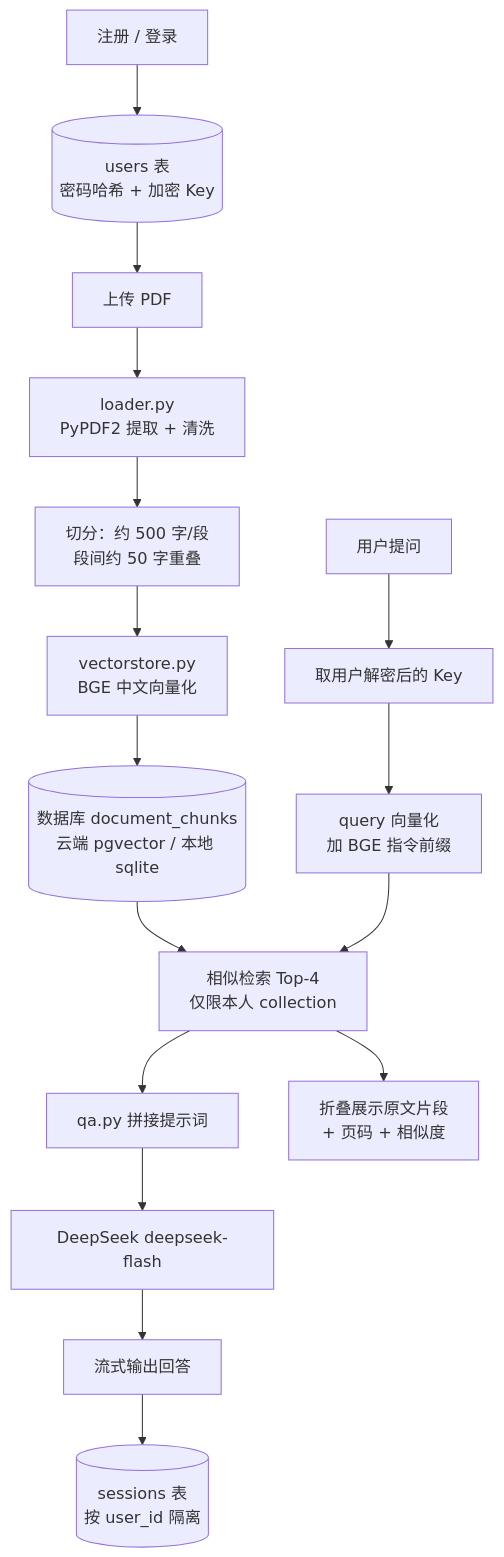
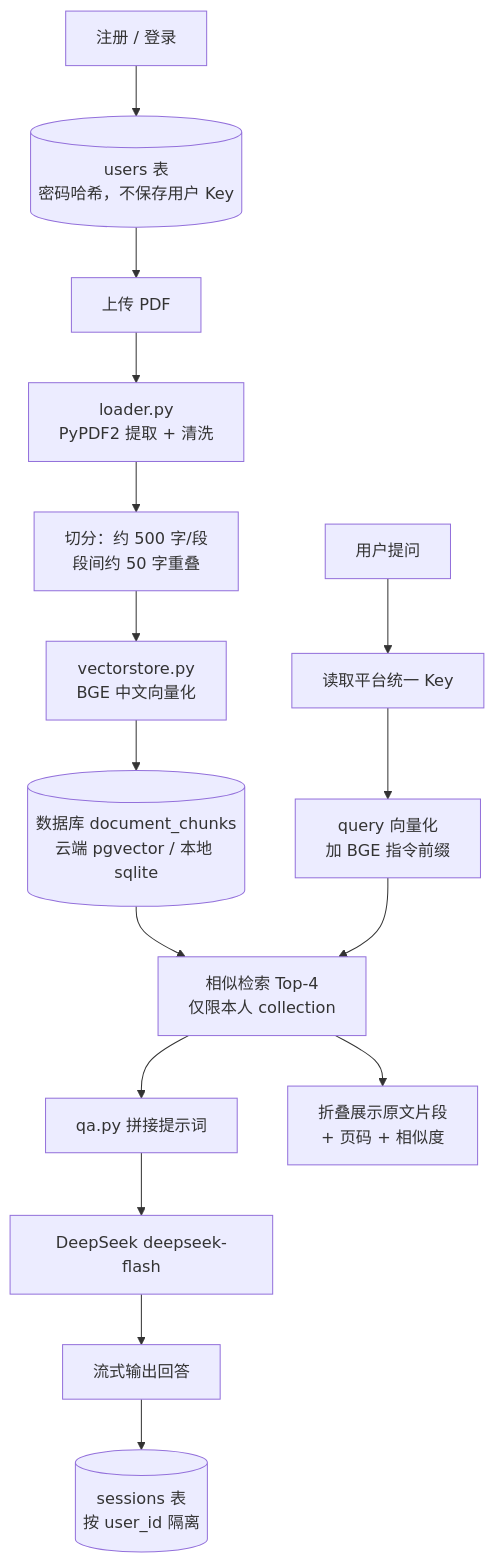
One commit to bowenren-Andrew/rag-pdf-qa changed the diagram in README.md. Above: the diagram before and after it, drawn with Mermaid. The commit also changed other lines of this file and 22 other files, not shown here.

````diff
--- a/README.md
+++ b/README.md
@@ -136,19 +136,19 @@
 ```mermaid
 flowchart TD
-    A[注册 / 登录] --> A1[(users 表<br/>密码哈希 + 加密 Key)]
+    A[注册 / 登录] --> A1[(users 表<br/>密码哈希，不保存用户 Key)]
     A1 --> B[上传 PDF]
     B --> C[loader.py<br/>PyPDF2 提取 + 清洗]
     C --> D[切分：约 500 字/段<br/>段间约 50 字重叠]
     D --> E[vectorstore.py<br/>BGE 中文向量化]
     E --> F[(数据库 document_chunks<br/>云端 pgvector / 本地 sqlite)]
 
-    G[用户提问] --> H[取用户解密后的 Key]
+    G[用户提问] --> H[读取平台统一 Key]
     H --> I[query 向量化<br/>加 BGE 指令前缀]
     F --> J[相似检索 Top-4<br/>仅限本人 collection]
     I --> J
     J --> K[qa.py 拼接提示词]
     K --> L[DeepSeek deepseek-flash]
     L --> M[流式输出回答]
     J --> N[折叠展示原文片段<br/>+ 页码 + 相似度]
     M --> O[(sessions 表<br/>按 user_id 隔离)]
 ```
````
